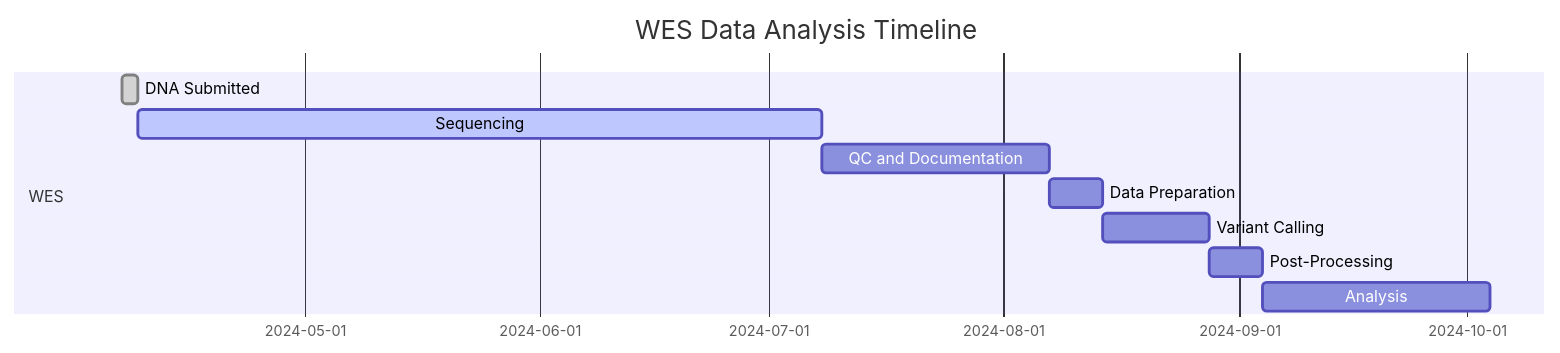
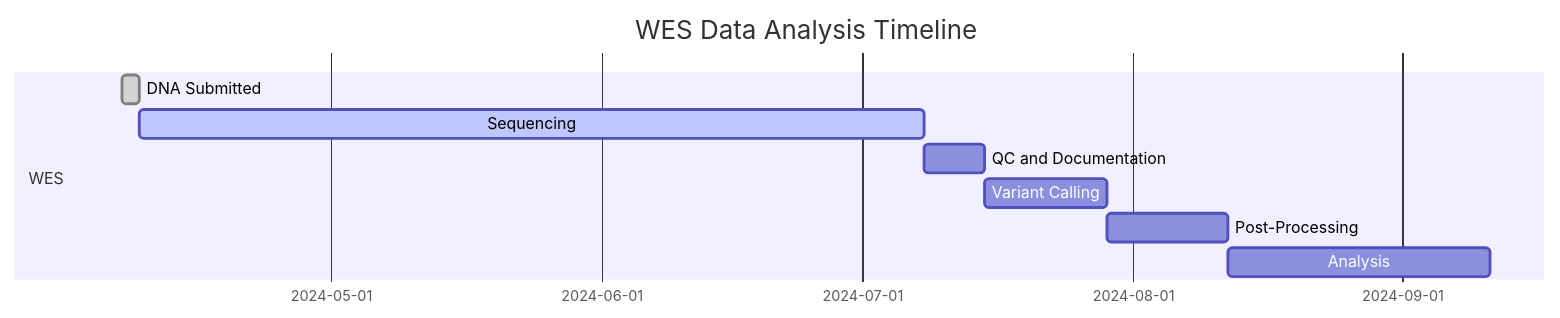
One commit to delpropo/WES_Analysis_11340_9740 changed the first of 2 diagrams in README.md. Above: the diagram before and after it, drawn with Mermaid.

Commit message:
update gantt chart

````diff
--- a/README.md
+++ b/README.md
@@ -16,13 +16,12 @@
 ```mermaid
 gantt
     title WES Data Analysis Timeline
     dateFormat YYYY-MM-DD
     section WES
         DNA Submitted          :done,   wes1, 2024-04-07, 2d
         Sequencing             :active, wes2, after wes1, 90d
-        QC and Documentation   :        wes3, after wes2, 30d
-        Data Preparation       :        analysis1, after wes3, 7d
-        Variant Calling        :        analysis2, after analysis1, 14d
-        Post-Processing        :        analysis3, after analysis2, 7d
-        Analysis               :        analysis4, after analysis3, 30d
+        QC and Documentation   :        wes3, after wes2, 7d
+        Variant Calling        :        analysis1, after wes3, 14d
+        Post-Processing        :        analysis2, after analysis1, 14d
+        Analysis               :        analysis3, after analysis2, 30d
 ```
````
